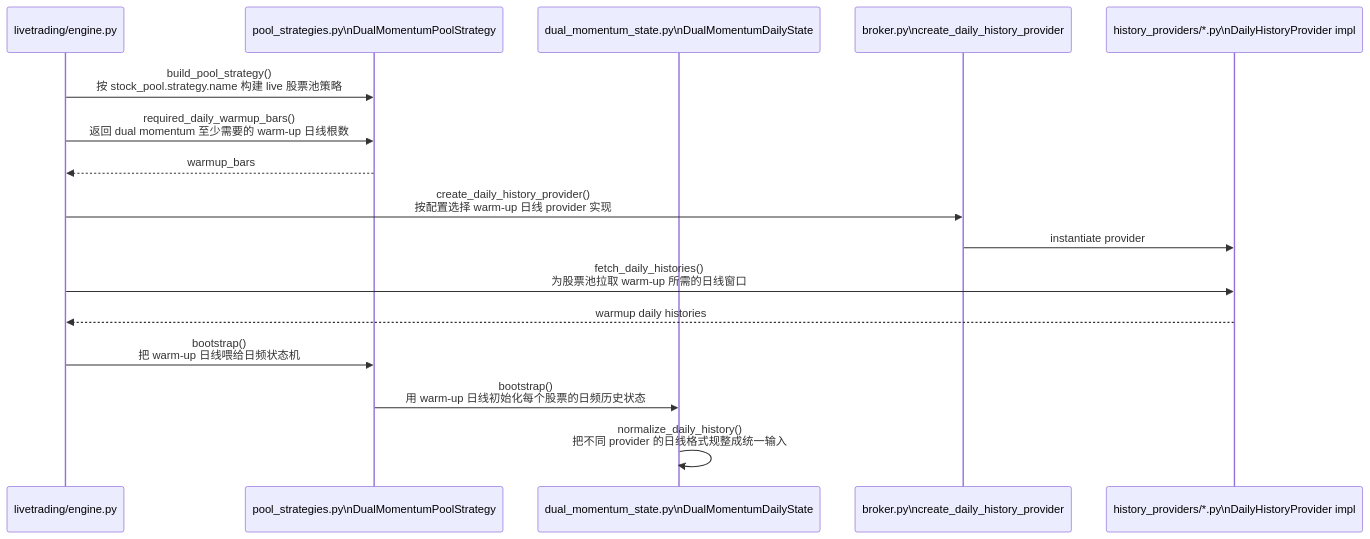
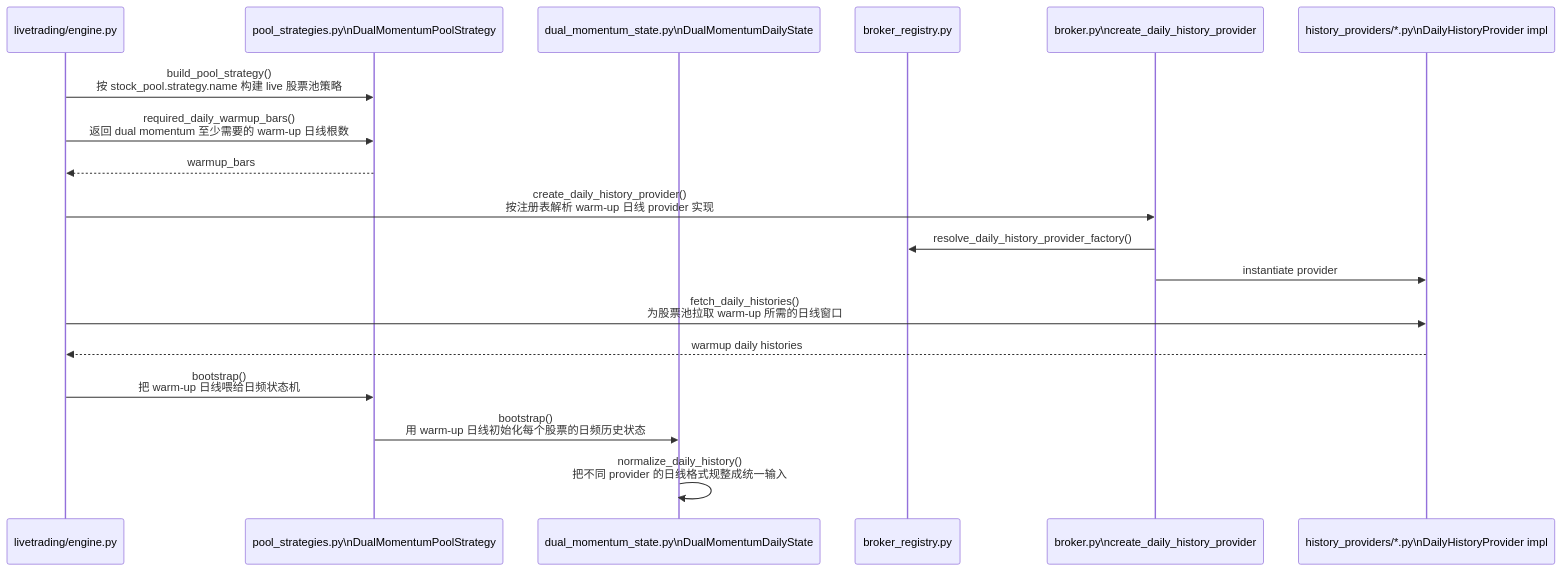
The second of 7 diagrams in docs/README_livetrading_sequence.md (hangchow/backtest), drawn with Mermaid before and after one commit. The commit also changed other lines of this file and 8 other files, not shown here.

````diff
--- a/docs/README_livetrading_sequence.md
+++ b/docs/README_livetrading_sequence.md
@@ -132,21 +137,23 @@
 ```mermaid
 sequenceDiagram
     participant ENG as livetrading/engine.py
     participant PLS as pool_strategies.py\nDualMomentumPoolStrategy
     participant STATE as dual_momentum_state.py\nDualMomentumDailyState
+    participant REG as broker_registry.py
     participant HFAC as broker.py\ncreate_daily_history_provider
     participant HB as history_providers/*.py\nDailyHistoryProvider impl
 
     ENG->>PLS: build_pool_strategy()<br/>按 stock_pool.strategy.name 构建 live 股票池策略
     ENG->>PLS: required_daily_warmup_bars()<br/>返回 dual momentum 至少需要的 warm-up 日线根数
     PLS-->>ENG: warmup_bars
 
-    ENG->>HFAC: create_daily_history_provider()<br/>按配置选择 warm-up 日线 provider 实现
+    ENG->>HFAC: create_daily_history_provider()<br/>按注册表解析 warm-up 日线 provider 实现
+    HFAC->>REG: resolve_daily_history_provider_factory()
     HFAC->>HB: instantiate provider
     ENG->>HB: fetch_daily_histories()<br/>为股票池拉取 warm-up 所需的日线窗口
     HB-->>ENG: warmup daily histories
 
     ENG->>PLS: bootstrap()<br/>把 warm-up 日线喂给日频状态机
     PLS->>STATE: bootstrap()<br/>用 warm-up 日线初始化每个股票的日频历史状态
     STATE->>STATE: normalize_daily_history()<br/>把不同 provider 的日线格式规整成统一输入
 ```
````
